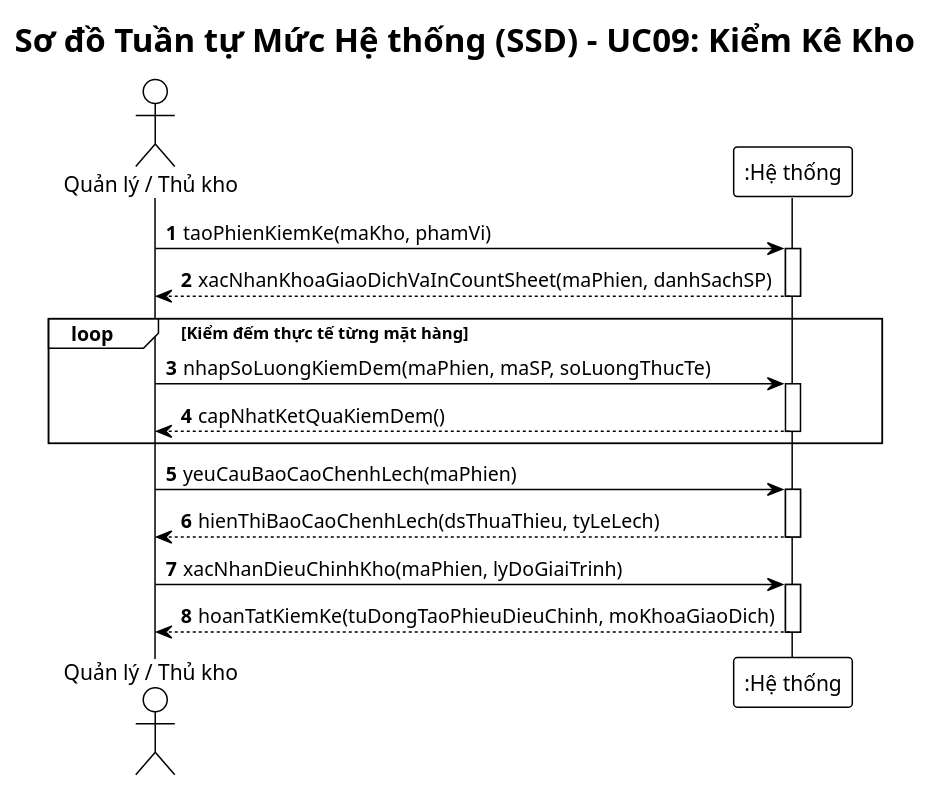
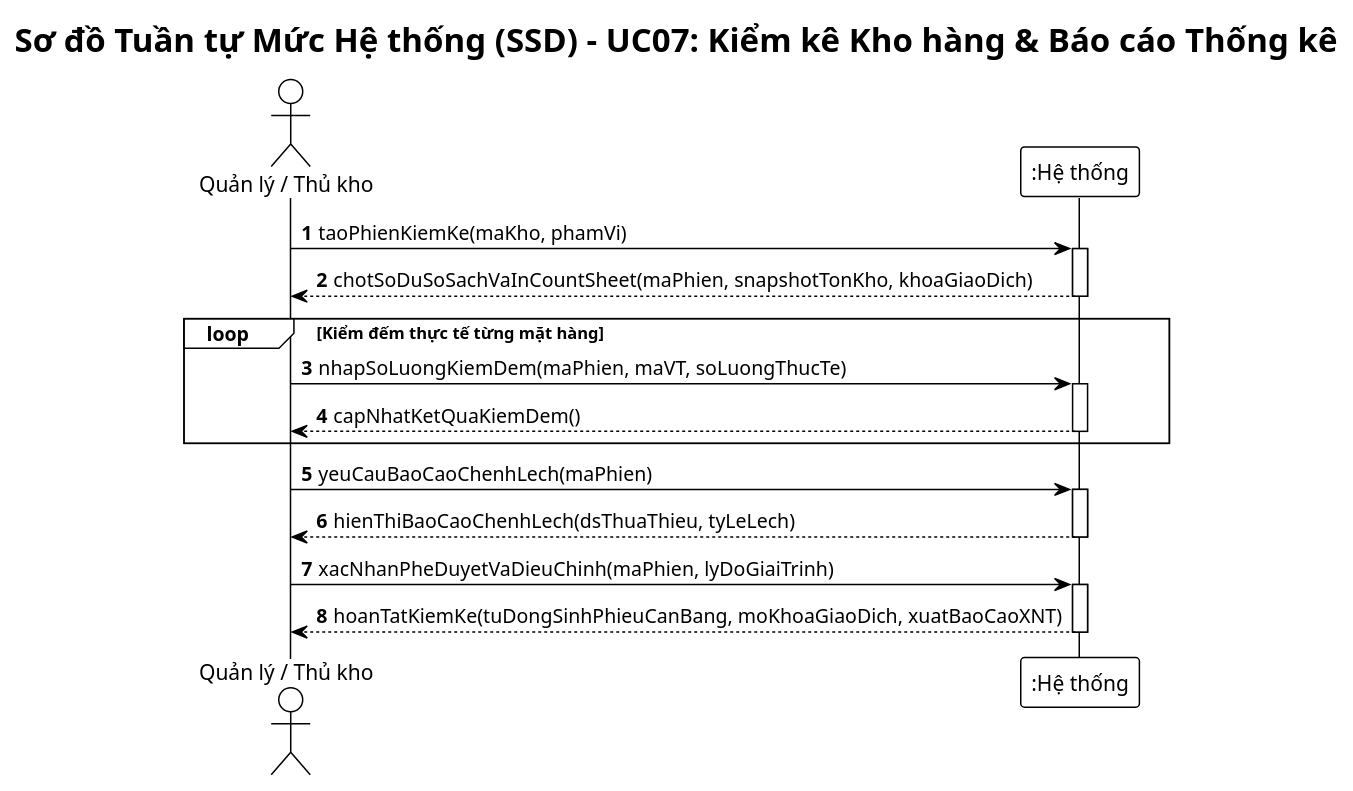
One commit to vuhoabinh2416137/G8_Quanlysanphamvakhohang changed the seventh of 7 diagrams in BTL-QuanLyKhoHang/plantuml/ssd.puml. Above: the diagram before and after it, drawn with PlantUML. The commit also changed other lines of this file and 26 other files, not shown here.

Commit message:
Chuan hoa 07 Use Case cot loi, cap nhat so do UML va tai lieu phan cong nhiem vu

```diff
--- a/BTL-QuanLyKhoHang/plantuml/ssd.puml
+++ b/BTL-QuanLyKhoHang/plantuml/ssd.puml
@@ -123,33 +203,33 @@
 @startuml ssd-kiem-ke
 !theme plain
 autonumber
 skinparam responseMessageBelowArrow true
 skinparam defaultFontName "Arial"
 
-title Sơ đồ Tuần tự Mức Hệ thống (SSD) - UC09: Kiểm Kê Kho
+title Sơ đồ Tuần tự Mức Hệ thống (SSD) - UC07: Kiểm kê Kho hàng & Báo cáo Thống kê
 
 actor "Quản lý / Thủ kho" as NV
 participant ":Hệ thống" as Sys
 
 NV -> Sys: taoPhienKiemKe(maKho, phamVi)
 activate Sys
-Sys --> NV: xacNhanKhoaGiaoDichVaInCountSheet(maPhien, danhSachSP)
+Sys --> NV: chotSoDuSoSachVaInCountSheet(maPhien, snapshotTonKho, khoaGiaoDich)
 deactivate Sys
 
 loop Kiểm đếm thực tế từng mặt hàng
-    NV -> Sys: nhapSoLuongKiemDem(maPhien, maSP, soLuongThucTe)
+    NV -> Sys: nhapSoLuongKiemDem(maPhien, maVT, soLuongThucTe)
     activate Sys
     Sys --> NV: capNhatKetQuaKiemDem()
     deactivate Sys
 end
 
 NV -> Sys: yeuCauBaoCaoChenhLech(maPhien)
 activate Sys
 Sys --> NV: hienThiBaoCaoChenhLech(dsThuaThieu, tyLeLech)
 deactivate Sys
 
-NV -> Sys: xacNhanDieuChinhKho(maPhien, lyDoGiaiTrinh)
+NV -> Sys: xacNhanPheDuyetVaDieuChinh(maPhien, lyDoGiaiTrinh)
 activate Sys
-Sys --> NV: hoanTatKiemKe(tuDongTaoPhieuDieuChinh, moKhoaGiaoDich)
+Sys --> NV: hoanTatKiemKe(tuDongSinhPhieuCanBang, moKhoaGiaoDich, xuatBaoCaoXNT)
 deactivate Sys
 @enduml
```
